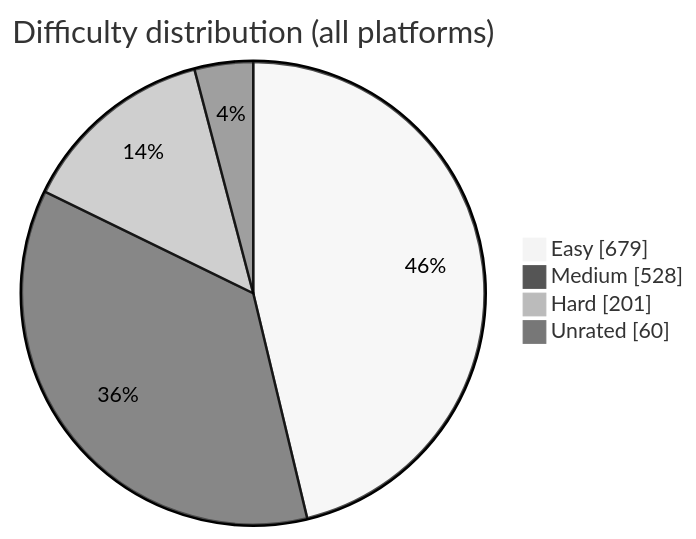
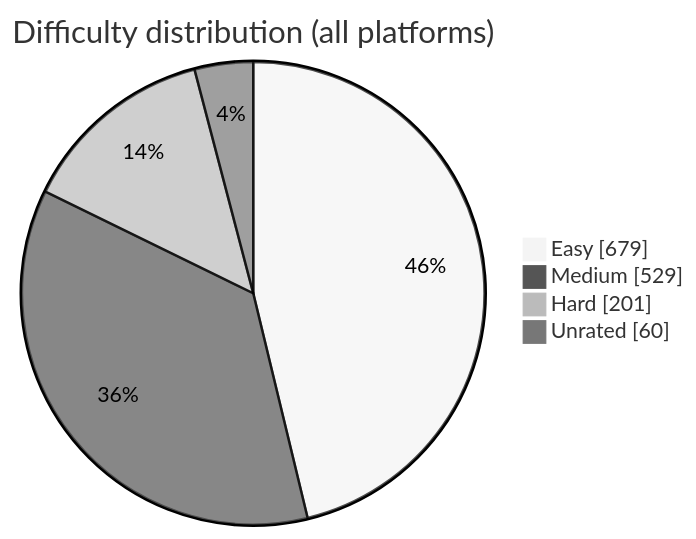
Before and after one commit to BuildbyArindam/Daily-Coding-Log: the diagram in README.md, drawn with Mermaid (neutral theme). The commit also changed other lines of this file, not shown here.

````diff
--- a/README.md
+++ b/README.md
@@ -93,7 +93,7 @@
 ```mermaid
 pie showData title Difficulty distribution (all platforms)
     "Easy" : 679
-    "Medium" : 528
+    "Medium" : 529
     "Hard" : 201
     "Unrated" : 60
 ```
````
